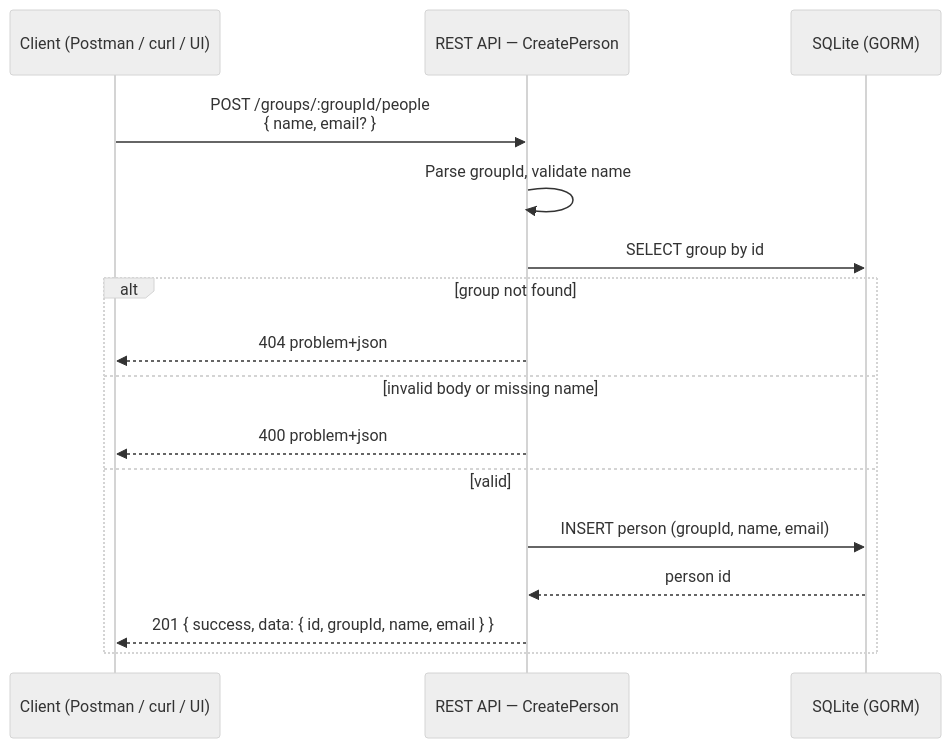
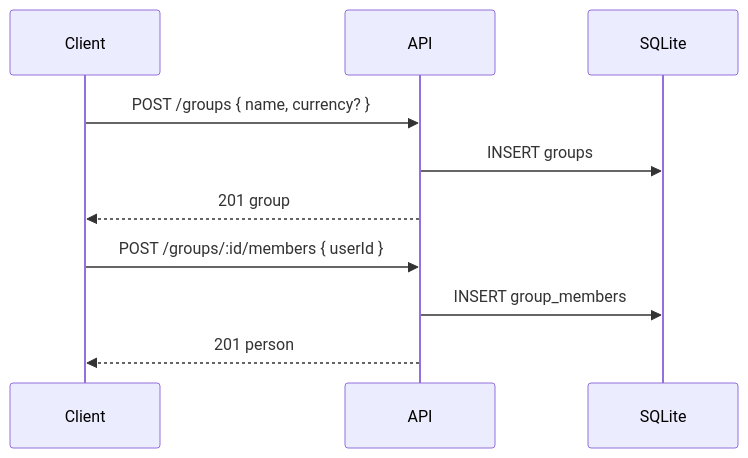
Before and after one commit to uona-cmsc501-1-summer2026-nanlin/practicum-project: the third of 5 diagrams in docs/deliverable2-doc.md, drawn with Mermaid. The commit also changed other lines of this file and 48 other files, not shown here.

````diff
--- a/docs/deliverable2-doc.md
+++ b/docs/deliverable2-doc.md
@@ -132,24 +132,13 @@
 ```mermaid
----
-config:
-  look: handDrawn
-  theme: neutral
----
 sequenceDiagram
-    participant Client as Client (Postman / curl / UI)
-    participant API as REST API — CreatePerson
-    participant DB as SQLite (GORM)
+    participant Client as Client
+    participant API as API
+    participant DB as SQLite
 
-    Client->>API: POST /groups/:groupId/people<br/>{ name, email? }
-    API->>API: Parse groupId, validate name
-    API->>DB: SELECT group by id
-    alt group not found
-        API-->>Client: 404 problem+json
-    else invalid body or missing name
-        API-->>Client: 400 problem+json
-    else valid
-        API->>DB: INSERT person (groupId, name, email)
-        DB-->>API: person id
-        API-->>Client: 201 { success, data: { id, groupId, name, email } }
-    end
+    Client->>API: POST /groups { name, currency? }
+    API->>DB: INSERT groups
+    API-->>Client: 201 group
+    Client->>API: POST /groups/:id/members { userId }
+    API->>DB: INSERT group_members
+    API-->>Client: 201 person
 ```
````
